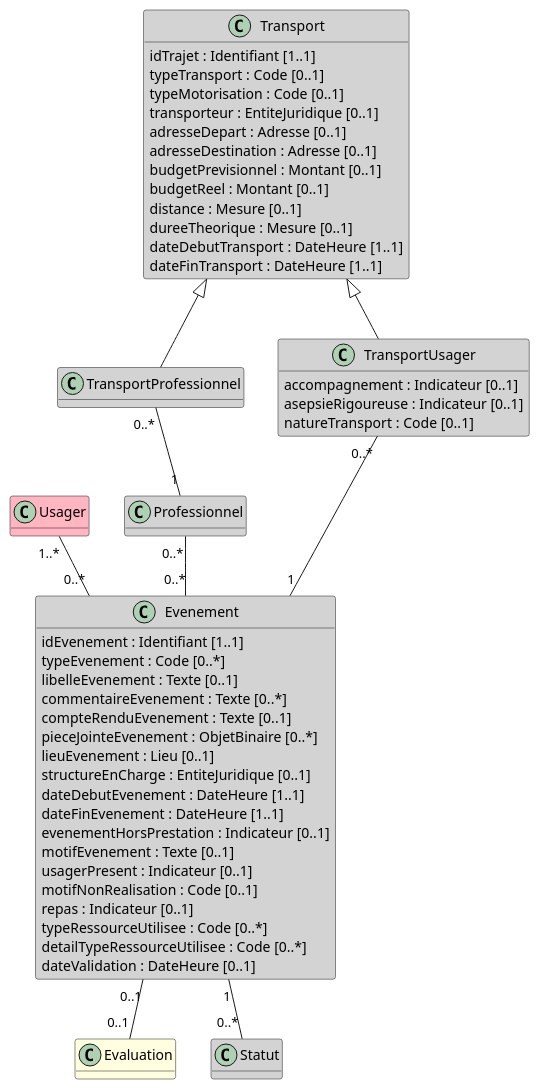
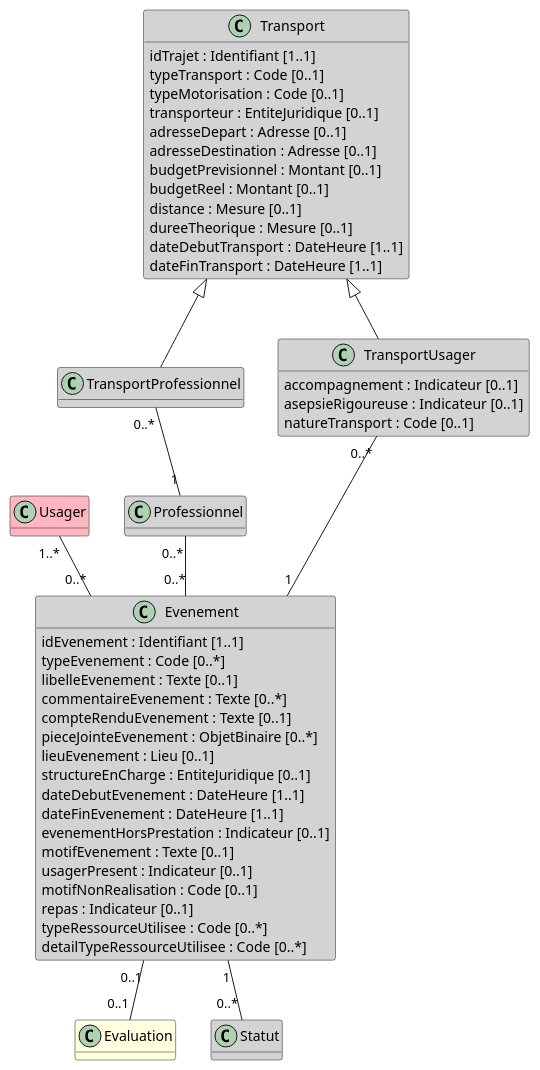
Before and after one commit to ansforge/IG-fhir-transfert-donnees-dui-esms: the diagram in input/images-source/bloc_evenement.plantuml, drawn with PlantUML.

```diff
--- a/input/images-source/bloc_evenement.plantuml
+++ b/input/images-source/bloc_evenement.plantuml
@@ -1,67 +1,66 @@
 @startuml
 
 hide empty methods
 
 class Usager #LightPink
 
 class TransportProfessionnel #LightGray
 
 class Evaluation #LightYellow
 
 class Professionnel #LightGray 
 
 class Statut #LightGray 
 
 class Transport #LightGray {
     idTrajet : Identifiant [1..1]
     typeTransport : Code [0..1]
     typeMotorisation : Code [0..1]
     transporteur : EntiteJuridique [0..1]
     adresseDepart : Adresse [0..1]
     adresseDestination : Adresse [0..1]
     budgetPrevisionnel : Montant [0..1]
     budgetReel : Montant [0..1]
     distance : Mesure [0..1]
     dureeTheorique : Mesure [0..1]
     dateDebutTransport : DateHeure [1..1]
     dateFinTransport : DateHeure [1..1]
 }
 
 class TransportUsager #LightGray {
     accompagnement : Indicateur [0..1]
     asepsieRigoureuse : Indicateur [0..1]
     natureTransport : Code [0..1]
 }
 
 class Evenement #LightGray {
     idEvenement : Identifiant [1..1]
     typeEvenement : Code [0..*]
     libelleEvenement : Texte [0..1]
     commentaireEvenement : Texte [0..*]
     compteRenduEvenement : Texte [0..1]
     pieceJointeEvenement : ObjetBinaire [0..*]
     lieuEvenement : Lieu [0..1]
     structureEnCharge : EntiteJuridique [0..1]
     dateDebutEvenement : DateHeure [1..1]
     dateFinEvenement : DateHeure [1..1]
     evenementHorsPrestation : Indicateur [0..1]
     motifEvenement : Texte [0..1]
     usagerPresent : Indicateur [0..1]
     motifNonRealisation : Code [0..1]
     repas : Indicateur [0..1]
     typeRessourceUtilisee : Code [0..*]
     detailTypeRessourceUtilisee : Code [0..*]
-    dateValidation : DateHeure [0..1]
 }
 
 Usager "1..*" -- "0..*" Evenement
 Professionnel "0..*" -- "0..*" Evenement
 Transport <|-- TransportProfessionnel
 Transport <|-- TransportUsager
 TransportUsager "0..*" -- "1" Evenement
 TransportProfessionnel "0..*" -- "1" Professionnel
 Evenement "0..1" -- "0..1" Evaluation
 Evenement "1" -- "0..*" Statut
 
 
 @enduml
```
